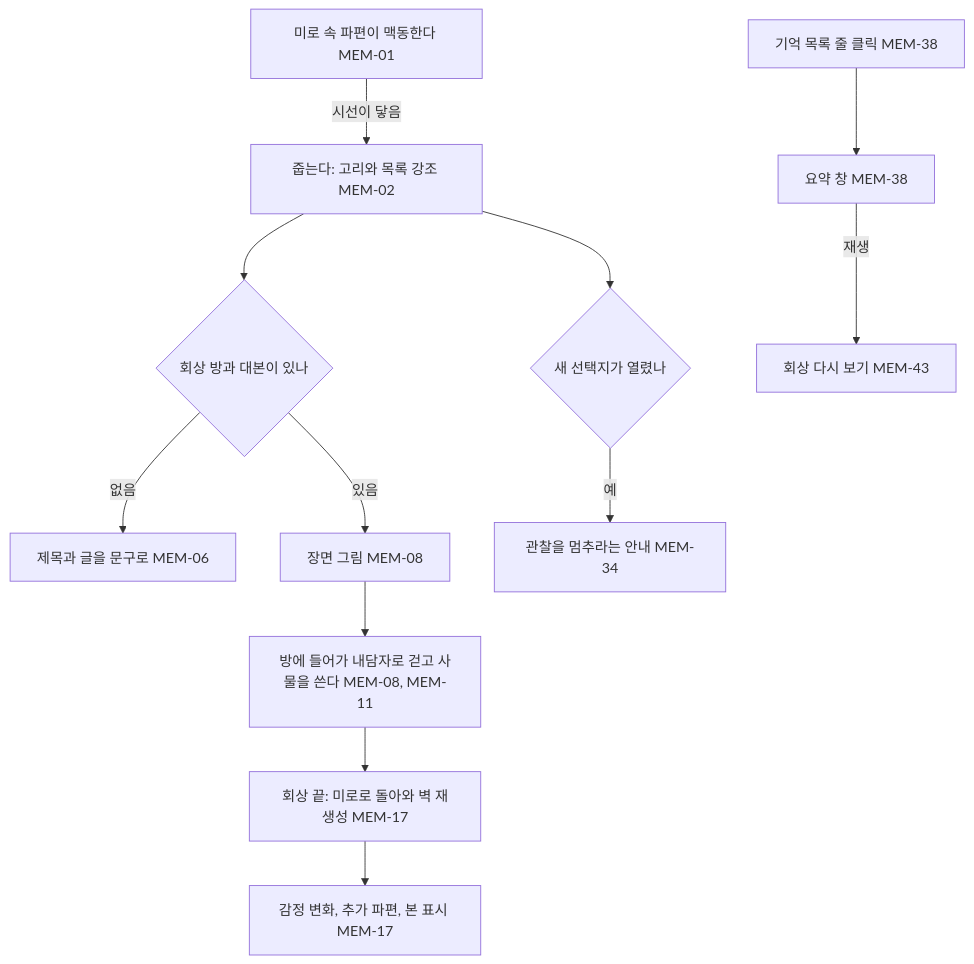
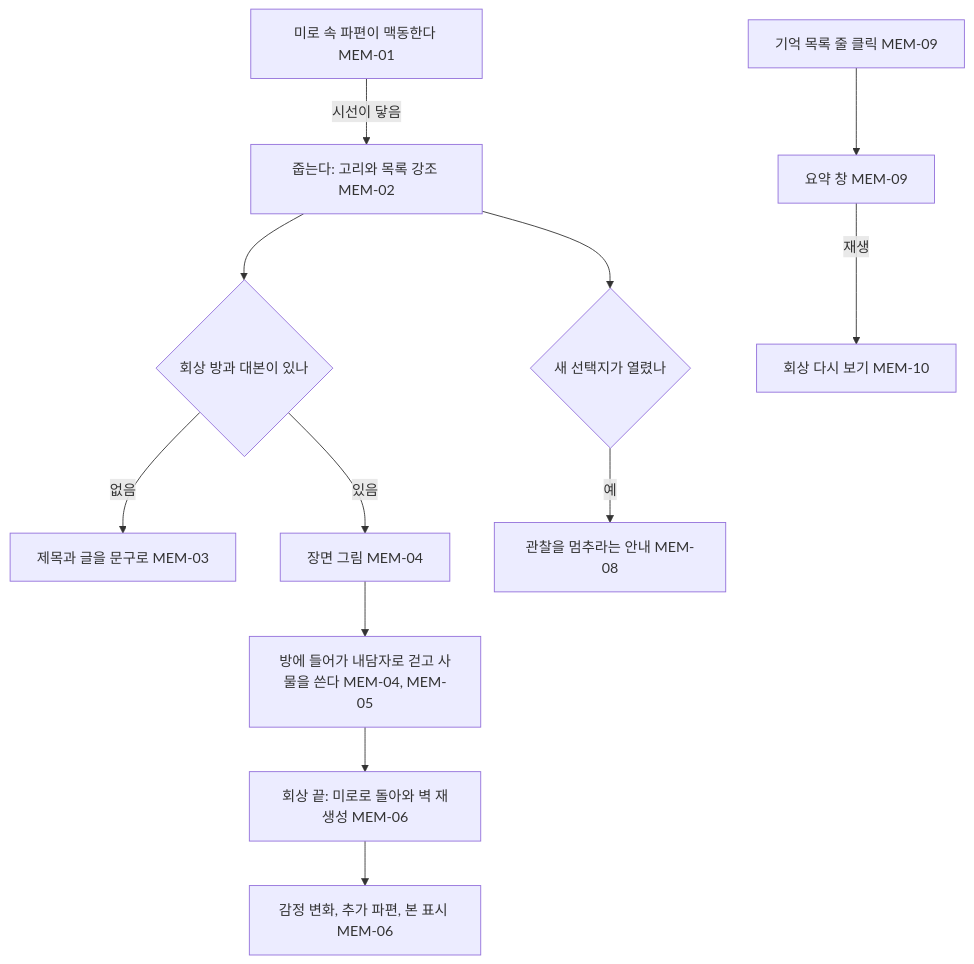
One commit to xpaklove12-lang/Corner1 changed the diagram in docs/specs/memory-fragments.md. Above: the diagram before and after it, drawn with Mermaid. The commit also changed other lines of this file and 9 other files, not shown here.

````diff
--- a/docs/specs/memory-fragments.md
+++ b/docs/specs/memory-fragments.md
@@ -9,12 +9,12 @@
 ```mermaid
 flowchart TD
     A[미로 속 파편이 맥동한다 MEM-01] -->|시선이 닿음| B[줍는다: 고리와 목록 강조 MEM-02]
     B --> C{회상 방과 대본이 있나}
-    C -->|없음| D[제목과 글을 문구로 MEM-06]
-    C -->|있음| E[장면 그림 MEM-08] --> F[방에 들어가 내담자로 걷고 사물을 쓴다 MEM-08, MEM-11]
-    F --> G[회상 끝: 미로로 돌아와 벽 재생성 MEM-17]
-    G --> H[감정 변화, 추가 파편, 본 표시 MEM-17]
+    C -->|없음| D[제목과 글을 문구로 MEM-03]
+    C -->|있음| E[장면 그림 MEM-04] --> F[방에 들어가 내담자로 걷고 사물을 쓴다 MEM-04, MEM-05]
+    F --> G[회상 끝: 미로로 돌아와 벽 재생성 MEM-06]
+    G --> H[감정 변화, 추가 파편, 본 표시 MEM-06]
     B --> I{새 선택지가 열렸나}
-    I -->|예| J[관찰을 멈추라는 안내 MEM-34]
-    K[기억 목록 줄 클릭 MEM-38] --> L[요약 창 MEM-38] -->|재생| M[회상 다시 보기 MEM-43]
+    I -->|예| J[관찰을 멈추라는 안내 MEM-08]
+    K[기억 목록 줄 클릭 MEM-09] --> L[요약 창 MEM-09] -->|재생| M[회상 다시 보기 MEM-10]
 ```
````
